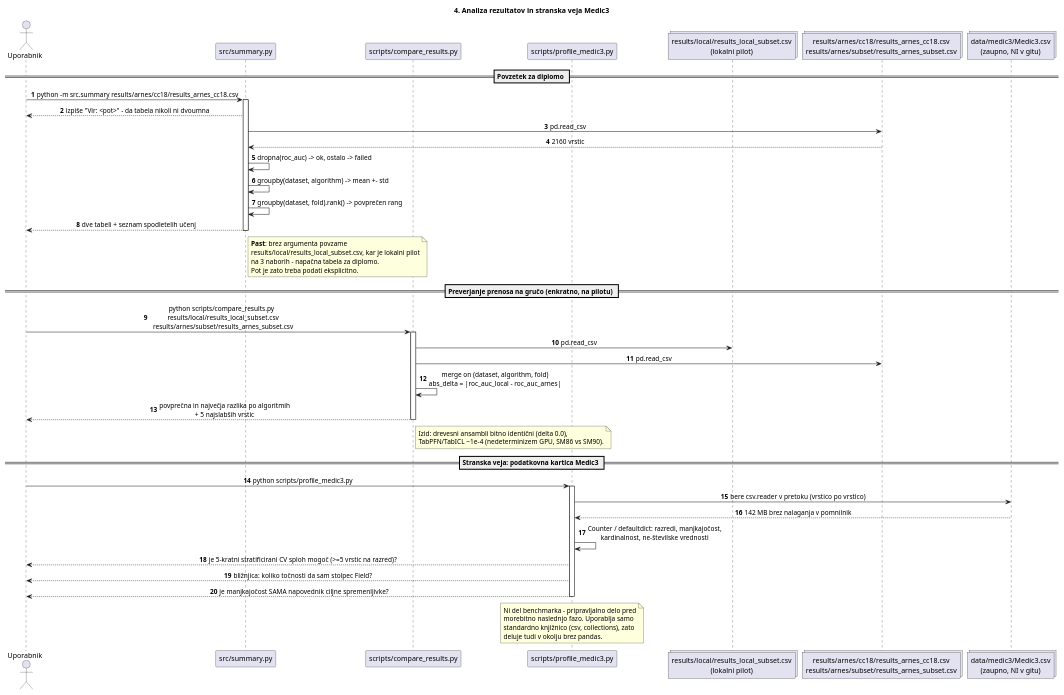
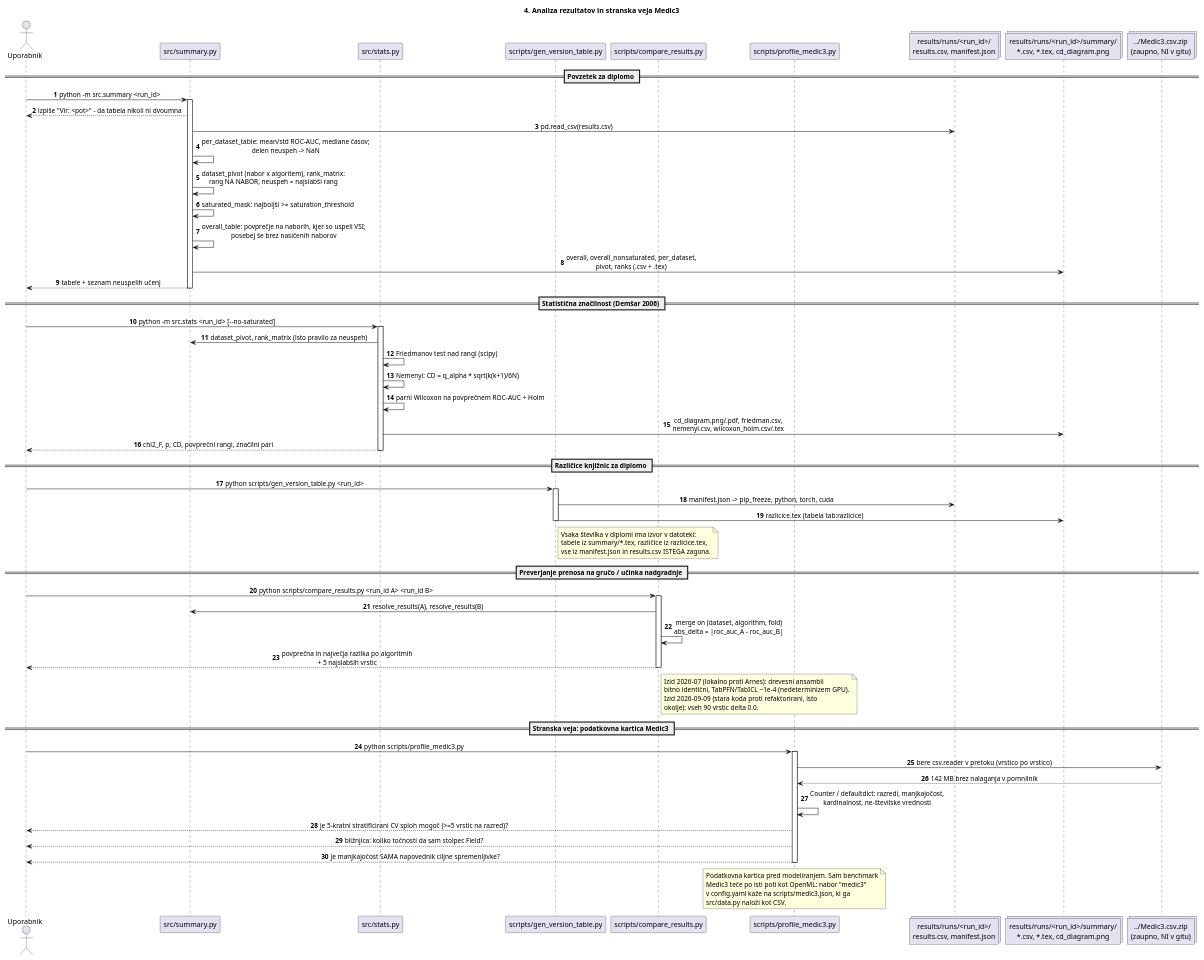
Before and after one commit to TilenZrnec/Diplomsko-delo_Koda: the fourth of 4 diagrams in razlaga_repozitorija/zaporedje.puml, drawn with PlantUML. The commit also changed other lines of this file and 30 other files, not shown here.

First line of the commit message:
Restructure benchmark: one runner, config-driven, per-run directories, stats

```diff
--- a/razlaga_repozitorija/zaporedje.puml
+++ b/razlaga_repozitorija/zaporedje.puml
@@ -304,69 +327,92 @@
 @startuml 04_analiza
 title 4. Analiza rezultatov in stranska veja Medic3
 
 skinparam sequenceMessageAlign center
 autonumber
 
 actor "Uporabnik" as U
 participant "src/summary.py" as SUM
+participant "src/stats.py" as STAT
+participant "scripts/gen_version_table.py" as VER
 participant "scripts/compare_results.py" as CMP
 participant "scripts/profile_medic3.py" as MED
-collections "results/local/results_local_subset.csv\n(lokalni pilot)" as LOCAL
-collections "results/arnes/cc18/results_arnes_cc18.csv\nresults/arnes/subset/results_arnes_subset.csv" as ARNES
-collections "data/medic3/Medic3.csv\n(zaupno, NI v gitu)" as M3
+collections "results/runs/<run_id>/\nresults.csv, manifest.json" as RES
+collections "results/runs/<run_id>/summary/\n*.csv, *.tex, cd_diagram.png" as SUMOUT
+collections "../Medic3.csv.zip\n(zaupno, NI v gitu)" as M3
 
 == Povzetek za diplomo ==
 
-U -> SUM : python -m src.summary results/arnes/cc18/results_arnes_cc18.csv
+U -> SUM : python -m src.summary <run_id>
 activate SUM
 SUM --> U : izpiše "Vir: <pot>" - da tabela nikoli ni dvoumna
-SUM -> ARNES : pd.read_csv
-ARNES --> SUM : 2160 vrstic
-SUM -> SUM : dropna(roc_auc) -> ok, ostalo -> failed
-SUM -> SUM : groupby(dataset, algorithm) -> mean +- std
-SUM -> SUM : groupby(dataset, fold).rank() -> povprečen rang
-SUM --> U : dve tabeli + seznam spodletelih učenj
+SUM -> RES : pd.read_csv(results.csv)
+SUM -> SUM : per_dataset_table: mean/std ROC-AUC, mediane časov;\ndelen neuspeh -> NaN
+SUM -> SUM : dataset_pivot (nabor x algoritem), rank_matrix:\nrang NA NABOR, neuspeh = najslabši rang
+SUM -> SUM : saturated_mask: najboljši >= saturation_threshold
+SUM -> SUM : overall_table: povprečje na naborih, kjer so uspeli VSI;\nposebej še brez nasičenih naborov
+SUM -> SUMOUT : overall, overall_nonsaturated, per_dataset,\npivot, ranks (.csv + .tex)
+SUM --> U : tabele + seznam neuspelih učenj
 deactivate SUM
 
-note right of SUM
-  **Past**: brez argumenta povzame
-  results/local/results_local_subset.csv, kar je lokalni pilot
-  na 3 naborih - napačna tabela za diplomo.
-  Pot je zato treba podati eksplicitno.
+== Statistična značilnost (Demšar 2006) ==
+
+U -> STAT : python -m src.stats <run_id> [~--no-saturated]
+activate STAT
+STAT -> SUM : dataset_pivot, rank_matrix (isto pravilo za neuspeh)
+STAT -> STAT : Friedmanov test nad rangi (scipy)
+STAT -> STAT : Nemenyi: CD = q_alpha * sqrt(k(k+1)/6N)
+STAT -> STAT : parni Wilcoxon na povprečnem ROC-AUC + Holm
+STAT -> SUMOUT : cd_diagram.png/.pdf, friedman.csv,\nnemenyi.csv, wilcoxon_holm.csv/.tex
+STAT --> U : chi2_F, p, CD, povprečni rangi, značilni pari
+deactivate STAT
+
+== Različice knjižnic za diplomo ==
+
+U -> VER : python scripts/gen_version_table.py <run_id>
+activate VER
+VER -> RES : manifest.json -> pip_freeze, python, torch, cuda
+VER -> SUMOUT : razlicice.tex (tabela tab:razlicice)
+deactivate VER
+
+note right of VER
+  Vsaka številka v diplomi ima izvor v datoteki:
+  tabele iz summary/*.tex, različice iz razlicice.tex,
+  vse iz manifest.json in results.csv ISTEGA zagona.
 end note
 
-== Preverjanje prenosa na gručo (enkratno, na pilotu) ==
+== Preverjanje prenosa na gručo / učinka nadgradnje ==
 
-U -> CMP : python scripts/compare_results.py\n  results/local/results_local_subset.csv\n  results/arnes/subset/results_arnes_subset.csv
+U -> CMP : python scripts/compare_results.py <run_id A> <run_id B>
 activate CMP
-CMP -> LOCAL : pd.read_csv
-CMP -> ARNES : pd.read_csv
-CMP -> CMP : merge on (dataset, algorithm, fold)\nabs_delta = |roc_auc_local - roc_auc_arnes|
+CMP -> SUM : resolve_results(A), resolve_results(B)
+CMP -> CMP : merge on (dataset, algorithm, fold)\nabs_delta = |roc_auc_A - roc_auc_B|
 CMP --> U : povprečna in največja razlika po algoritmih\n+ 5 najslabših vrstic
 deactivate CMP
 
 note right of CMP
-  Izid: drevesni ansambli bitno identični (delta 0.0),
-  TabPFN/TabICL ~1e-4 (nedeterminizem GPU, SM86 vs SM90).
+  Izid 2026-07 (lokalno proti Arnes): drevesni ansambli
+  bitno identični, TabPFN/TabICL ~1e-4 (nedeterminizem GPU).
+  Izid 2026-09-09 (stara koda proti refaktorirani, isto
+  okolje): vseh 90 vrstic delta 0.0.
 end note
 
 == Stranska veja: podatkovna kartica Medic3 ==
 
 U -> MED : python scripts/profile_medic3.py
 activate MED
 MED -> M3 : bere csv.reader v pretoku (vrstico po vrstico)
 M3 --> MED : 142 MB brez nalaganja v pomnilnik
 MED -> MED : Counter / defaultdict: razredi, manjkajočost,\nkardinalnost, ne-številske vrednosti
 MED --> U : je 5-kratni stratificirani CV sploh mogoč (>=5 vrstic na razred)?
 MED --> U : bližnjica: koliko točnosti da sam stolpec Field?
 MED --> U : je manjkajočost SAMA napovednik ciljne spremenljivke?
 deactivate MED
 
 note over MED
-  Ni del benchmarka - pripravljalno delo pred
-  morebitno naslednjo fazo. Uporablja samo
-  standardno knjižnico (csv, collections), zato
-  deluje tudi v okolju brez pandas.
+  Podatkovna kartica pred modeliranjem. Sam benchmark
+  Medic3 teče po isti poti kot OpenML: nabor "medic3"
+  v config.yaml kaže na scripts/medic3.json, ki ga
+  src/data.py naloži kot CSV.
 end note
 
 @enduml
```
